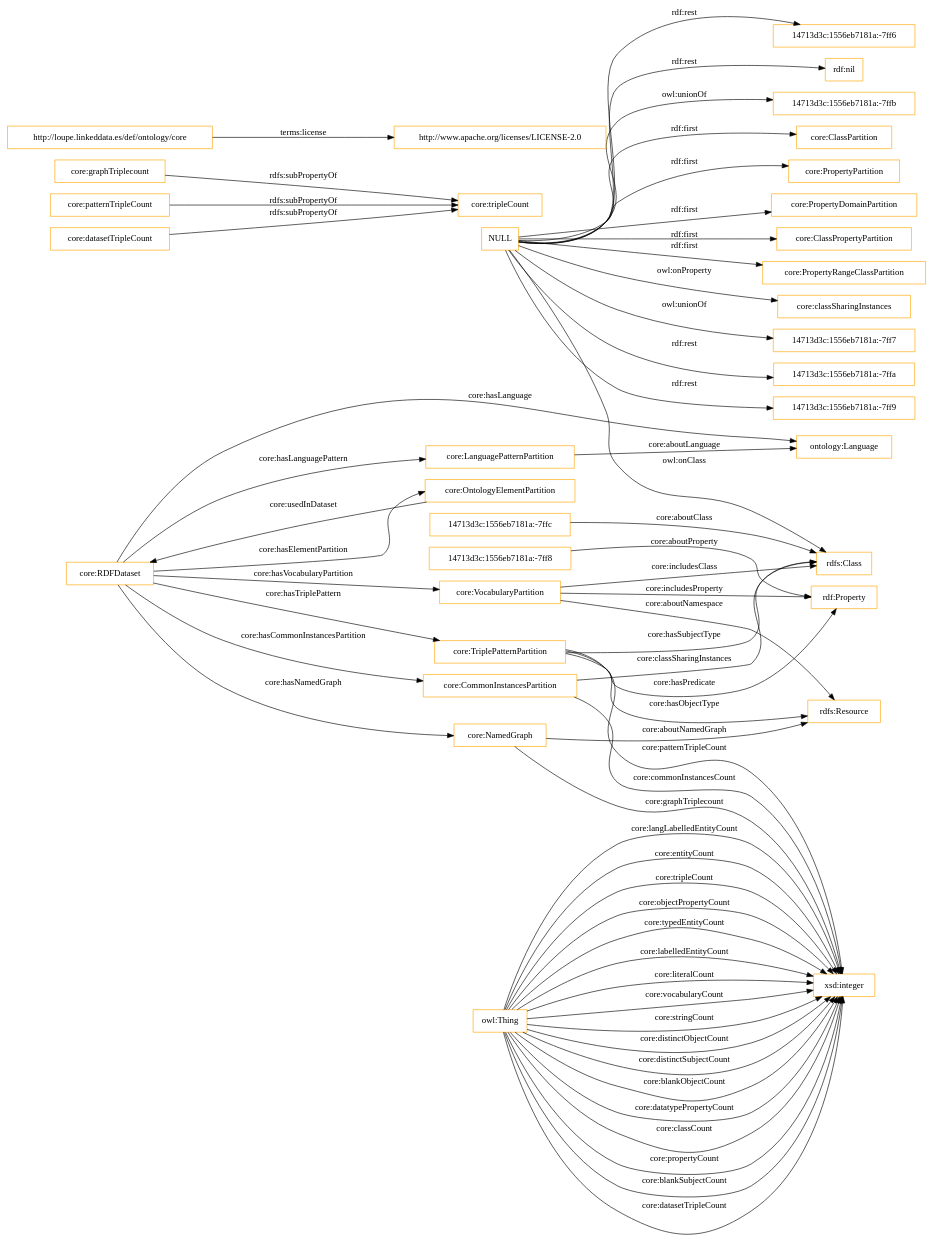
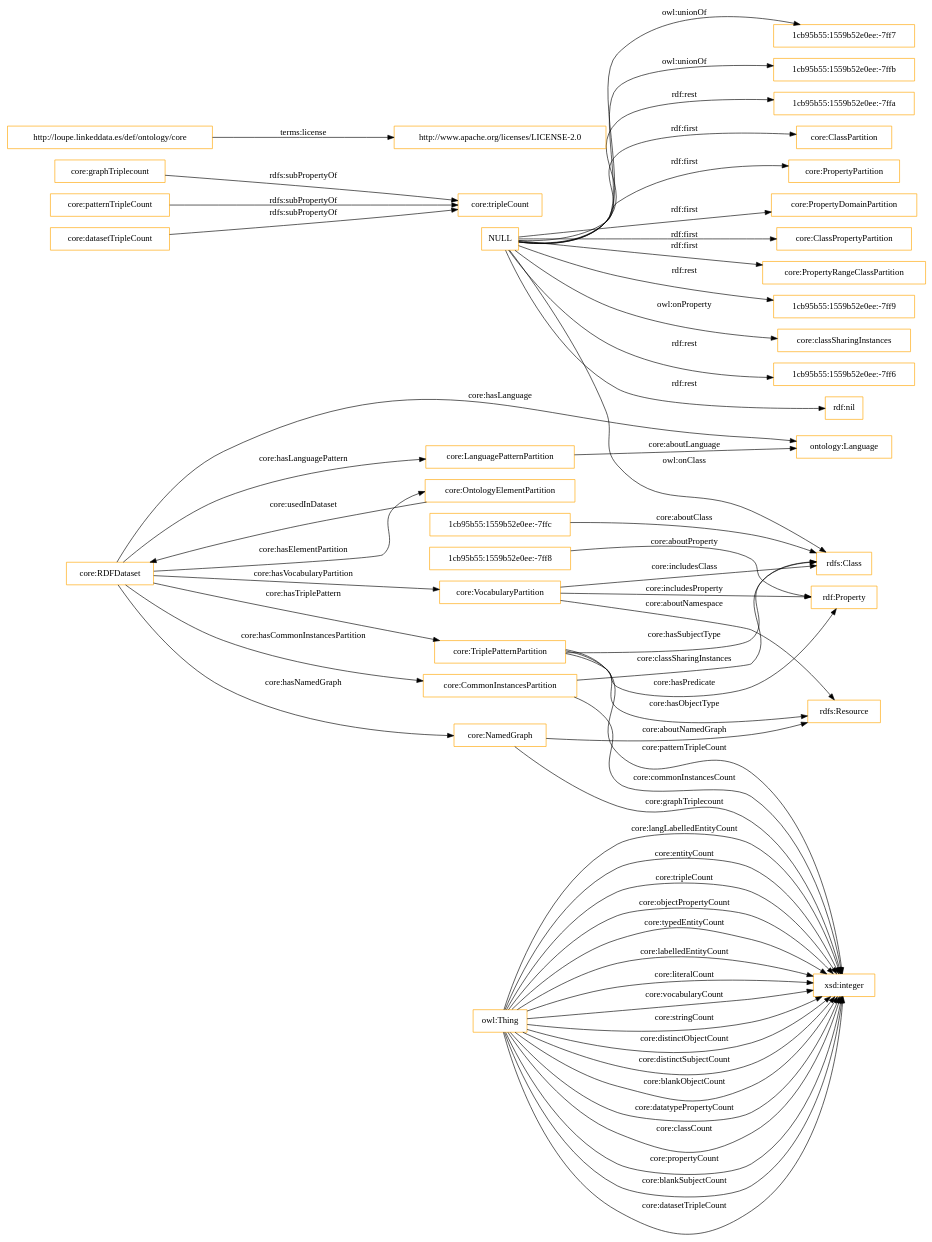
Before and after one commit to nandana/loupe-ontology: the diagram in OnToology/loupe-ontology.owl/diagrams/ar2dtool-class/loupe-ontology.owl.png.dot, drawn with Graphviz. The commit also changed 26 other files, not shown here.

```diff
--- a/OnToology/loupe-ontology.owl/diagrams/ar2dtool-class/loupe-ontology.owl.png.dot
+++ b/OnToology/loupe-ontology.owl/diagrams/ar2dtool-class/loupe-ontology.owl.png.dot
@@ -1,62 +1,62 @@
 digraph ar2dtool_diagram { 
 rankdir=LR;
 size="1501"
-node [shape = rectangle, color="orange"]; "core:ClassPartition" "core:PropertyPartition" "core:PropertyDomainPartition" "core:OntologyElementPartition" "14713d3c:1556eb7181a:-7ffc" "core:CommonInstancesPartition" "rdfs:Resource" "core:LanguagePatternPartition" "14713d3c:1556eb7181a:-7ff8" "core:NamedGraph" "rdfs:Class" "rdf:Property" "core:TriplePatternPartition" "core:ClassPropertyPartition" "ontology:Language" "core:VocabularyPartition" "core:PropertyRangeClassPartition" "core:RDFDataset" ; /*classes style*/
+node [shape = rectangle, color="orange"]; "core:ClassPartition" "core:PropertyPartition" "core:PropertyDomainPartition" "core:OntologyElementPartition" "1cb95b55:1559b52e0ee:-7ffc" "core:CommonInstancesPartition" "rdfs:Resource" "core:LanguagePatternPartition" "core:NamedGraph" "rdfs:Class" "rdf:Property" "core:TriplePatternPartition" "core:ClassPropertyPartition" "ontology:Language" "1cb95b55:1559b52e0ee:-7ff8" "core:VocabularyPartition" "core:PropertyRangeClassPartition" "core:RDFDataset" ; /*classes style*/
 	"core:graphTriplecount" -> "core:tripleCount" [ label = "rdfs:subPropertyOf" ];
 	"core:patternTripleCount" -> "core:tripleCount" [ label = "rdfs:subPropertyOf" ];
+	"NULL" -> "1cb95b55:1559b52e0ee:-7ff9" [ label = "rdf:rest" ];
 	"NULL" -> "core:PropertyPartition" [ label = "rdf:first" ];
 	"NULL" -> "core:classSharingInstances" [ label = "owl:onProperty" ];
-	"NULL" -> "14713d3c:1556eb7181a:-7ff7" [ label = "owl:unionOf" ];
+	"NULL" -> "1cb95b55:1559b52e0ee:-7ff6" [ label = "rdf:rest" ];
 	"NULL" -> "core:PropertyDomainPartition" [ label = "rdf:first" ];
 	"NULL" -> "core:PropertyRangeClassPartition" [ label = "rdf:first" ];
-	"NULL" -> "14713d3c:1556eb7181a:-7ffa" [ label = "rdf:rest" ];
-	"NULL" -> "14713d3c:1556eb7181a:-7ff9" [ label = "rdf:rest" ];
-	"NULL" -> "14713d3c:1556eb7181a:-7ff6" [ label = "rdf:rest" ];
 	"NULL" -> "rdf:nil" [ label = "rdf:rest" ];
 	"NULL" -> "rdfs:Class" [ label = "owl:onClass" ];
-	"NULL" -> "14713d3c:1556eb7181a:-7ffb" [ label = "owl:unionOf" ];
+	"NULL" -> "1cb95b55:1559b52e0ee:-7ff7" [ label = "owl:unionOf" ];
+	"NULL" -> "1cb95b55:1559b52e0ee:-7ffb" [ label = "owl:unionOf" ];
 	"NULL" -> "core:ClassPropertyPartition" [ label = "rdf:first" ];
 	"NULL" -> "core:ClassPartition" [ label = "rdf:first" ];
+	"NULL" -> "1cb95b55:1559b52e0ee:-7ffa" [ label = "rdf:rest" ];
 	"core:datasetTripleCount" -> "core:tripleCount" [ label = "rdfs:subPropertyOf" ];
 	"http://loupe.linkeddata.es/def/ontology/core" -> "http://www.apache.org/licenses/LICENSE-2.0" [ label = "terms:license" ];
 	"owl:Thing" -> "xsd:integer" [ label = "core:datasetTripleCount" ];
 	"core:RDFDataset" -> "core:NamedGraph" [ label = "core:hasNamedGraph" ];
 	"owl:Thing" -> "xsd:integer" [ label = "core:langLabelledEntityCount" ];
 	"core:NamedGraph" -> "rdfs:Resource" [ label = "core:aboutNamedGraph" ];
 	"owl:Thing" -> "xsd:integer" [ label = "core:entityCount" ];
 	"owl:Thing" -> "xsd:integer" [ label = "core:tripleCount" ];
 	"core:CommonInstancesPartition" -> "xsd:integer" [ label = "core:commonInstancesCount" ];
 	"owl:Thing" -> "xsd:integer" [ label = "core:objectPropertyCount" ];
 	"owl:Thing" -> "xsd:integer" [ label = "core:typedEntityCount" ];
 	"owl:Thing" -> "xsd:integer" [ label = "core:labelledEntityCount" ];
 	"owl:Thing" -> "xsd:integer" [ label = "core:literalCount" ];
 	"owl:Thing" -> "xsd:integer" [ label = "core:vocabularyCount" ];
 	"owl:Thing" -> "xsd:integer" [ label = "core:stringCount" ];
 	"core:TriplePatternPartition" -> "xsd:integer" [ label = "core:patternTripleCount" ];
 	"core:VocabularyPartition" -> "rdfs:Resource" [ label = "core:aboutNamespace" ];
 	"core:RDFDataset" -> "core:CommonInstancesPartition" [ label = "core:hasCommonInstancesPartition" ];
 	"owl:Thing" -> "xsd:integer" [ label = "core:distinctObjectCount" ];
 	"owl:Thing" -> "xsd:integer" [ label = "core:distinctSubjectCount" ];
 	"core:TriplePatternPartition" -> "rdfs:Class" [ label = "core:hasSubjectType" ];
 	"core:VocabularyPartition" -> "rdfs:Class" [ label = "core:includesClass" ];
 	"core:CommonInstancesPartition" -> "rdfs:Class" [ label = "core:classSharingInstances" ];
 	"core:VocabularyPartition" -> "rdf:Property" [ label = "core:includesProperty" ];
 	"core:TriplePatternPartition" -> "rdfs:Resource" [ label = "core:hasObjectType" ];
 	"core:RDFDataset" -> "core:VocabularyPartition" [ label = "core:hasVocabularyPartition" ];
 	"core:OntologyElementPartition" -> "core:RDFDataset" [ label = "core:usedInDataset" ];
 	"core:LanguagePatternPartition" -> "ontology:Language" [ label = "core:aboutLanguage" ];
 	"owl:Thing" -> "xsd:integer" [ label = "core:blankObjectCount" ];
 	"core:NamedGraph" -> "xsd:integer" [ label = "core:graphTriplecount" ];
 	"owl:Thing" -> "xsd:integer" [ label = "core:datatypePropertyCount" ];
 	"owl:Thing" -> "xsd:integer" [ label = "core:classCount" ];
 	"core:TriplePatternPartition" -> "rdf:Property" [ label = "core:hasPredicate" ];
-	"14713d3c:1556eb7181a:-7ff8" -> "rdf:Property" [ label = "core:aboutProperty" ];
+	"1cb95b55:1559b52e0ee:-7ff8" -> "rdf:Property" [ label = "core:aboutProperty" ];
 	"owl:Thing" -> "xsd:integer" [ label = "core:propertyCount" ];
 	"core:RDFDataset" -> "core:LanguagePatternPartition" [ label = "core:hasLanguagePattern" ];
 	"owl:Thing" -> "xsd:integer" [ label = "core:blankSubjectCount" ];
 	"core:RDFDataset" -> "core:OntologyElementPartition" [ label = "core:hasElementPartition" ];
 	"core:RDFDataset" -> "ontology:Language" [ label = "core:hasLanguage" ];
 	"core:RDFDataset" -> "core:TriplePatternPartition" [ label = "core:hasTriplePattern" ];
-	"14713d3c:1556eb7181a:-7ffc" -> "rdfs:Class" [ label = "core:aboutClass" ];
+	"1cb95b55:1559b52e0ee:-7ffc" -> "rdfs:Class" [ label = "core:aboutClass" ];
 
 }
```
